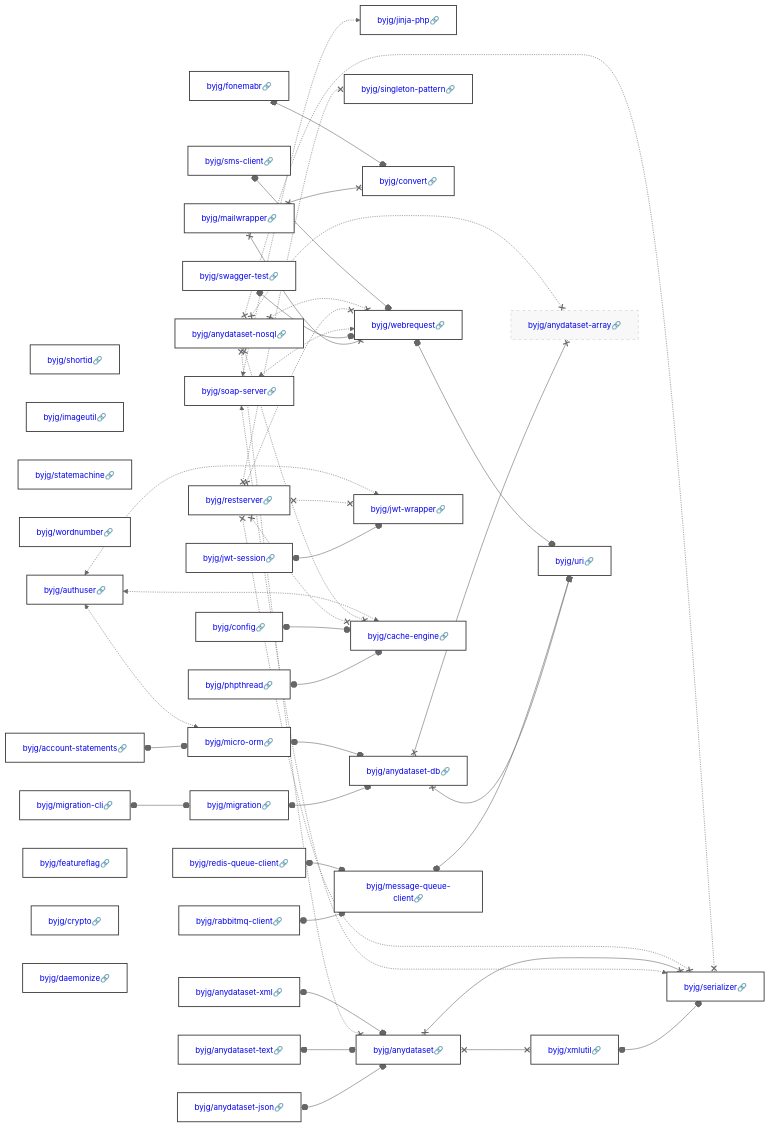
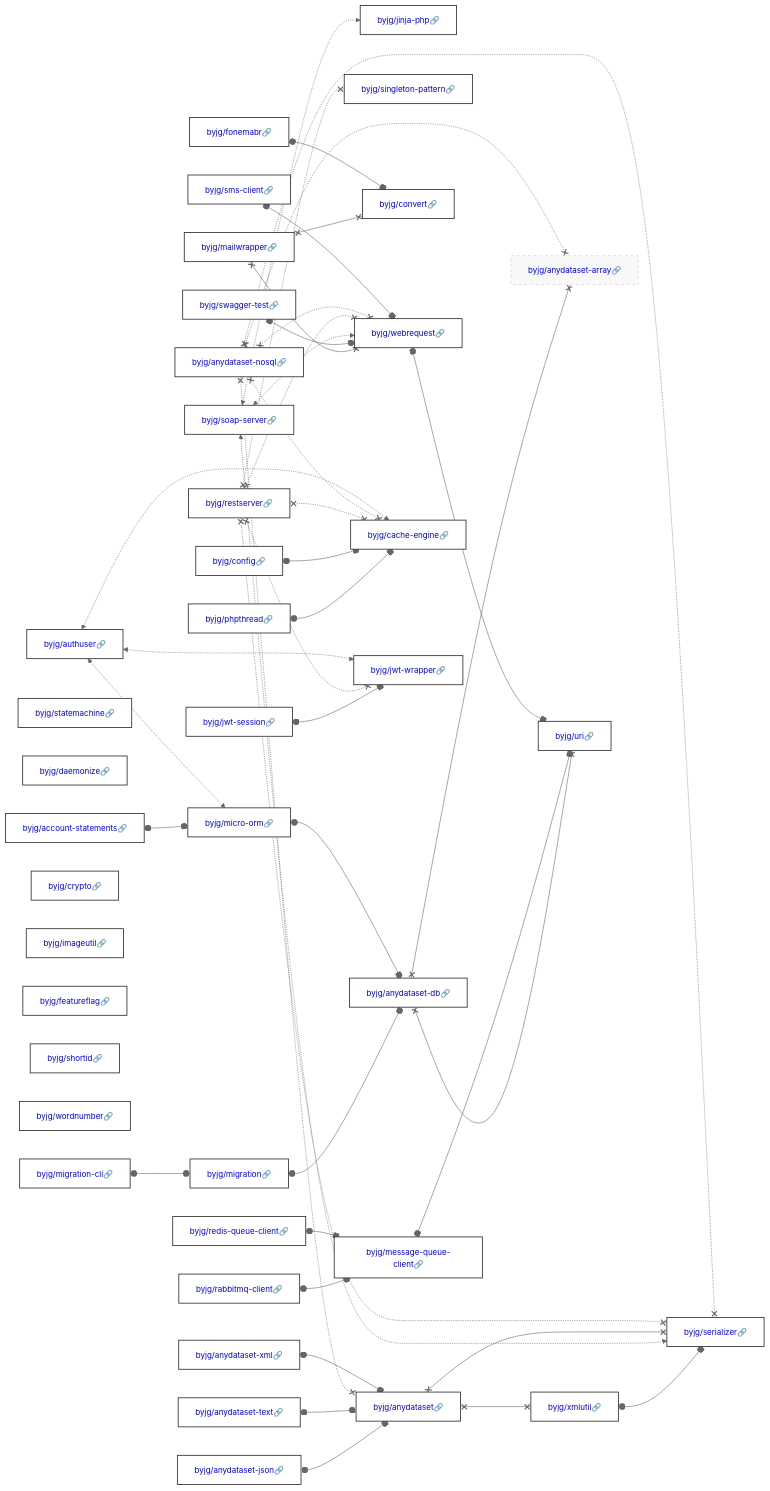
One commit to byjg/byjg.github.io changed the diagram in docs/php/README.md. Above: the diagram before and after it, drawn with Mermaid (neutral theme). The commit also changed other lines of this file and 8 other files, not shown here.

````diff
--- a/docs/php/README.md
+++ b/docs/php/README.md
@@ -3,45 +3,45 @@
 ```mermaid
 graph LR;
+  byjg/rabbitmq-client[<a href='https://opensource.byjg.com/docs/php/rabbitmq-client' style='text-decoration:none'>byjg/rabbitmq-client🔗</a>];
+  byjg/migration-cli[<a href='https://opensource.byjg.com/docs/php/migration-cli' style='text-decoration:none'>byjg/migration-cli🔗</a>];
+  byjg/anydataset-xml[<a href='https://opensource.byjg.com/docs/php/anydataset-xml' style='text-decoration:none'>byjg/anydataset-xml🔗</a>];
+  byjg/config[<a href='https://opensource.byjg.com/docs/php/config' style='text-decoration:none'>byjg/config🔗</a>];
+  byjg/statemachine[<a href='https://opensource.byjg.com/docs/php/statemachine' style='text-decoration:none'>byjg/statemachine🔗</a>];
+  byjg/daemonize[<a href='https://opensource.byjg.com/docs/php/daemonize' style='text-decoration:none'>byjg/daemonize🔗</a>];
+  byjg/anydataset-text[<a href='https://opensource.byjg.com/docs/php/anydataset-text' style='text-decoration:none'>byjg/anydataset-text🔗</a>];
+  byjg/jwt-session[<a href='https://opensource.byjg.com/docs/php/jwt-session' style='text-decoration:none'>byjg/jwt-session🔗</a>];
+  byjg/soap-server[<a href='https://opensource.byjg.com/docs/php/soap-server' style='text-decoration:none'>byjg/soap-server🔗</a>];
+  byjg/account-statements[<a href='https://opensource.byjg.com/docs/php/account-statements' style='text-decoration:none'>byjg/account-statements🔗</a>];
+  byjg/anydataset-nosql[<a href='https://opensource.byjg.com/docs/php/anydataset-nosql' style='text-decoration:none'>byjg/anydataset-nosql🔗</a>];
+  byjg/swagger-test[<a href='https://opensource.byjg.com/docs/php/swagger-test' style='text-decoration:none'>byjg/swagger-test🔗</a>];
   byjg/redis-queue-client[<a href='https://opensource.byjg.com/docs/php/redis-queue-client' style='text-decoration:none'>byjg/redis-queue-client🔗</a>];
-  byjg/shortid[<a href='https://opensource.byjg.com/docs/php/shortid' style='text-decoration:none'>byjg/shortid🔗</a>];
+  byjg/sms-client[<a href='https://opensource.byjg.com/docs/php/sms-client' style='text-decoration:none'>byjg/sms-client🔗</a>];
+  byjg/crypto[<a href='https://opensource.byjg.com/docs/php/crypto' style='text-decoration:none'>byjg/crypto🔗</a>];
   byjg/imageutil[<a href='https://opensource.byjg.com/docs/php/imageutil' style='text-decoration:none'>byjg/imageutil🔗</a>];
-  byjg/statemachine[<a href='https://opensource.byjg.com/docs/php/statemachine' style='text-decoration:none'>byjg/statemachine🔗</a>];
-  byjg/wordnumber[<a href='https://opensource.byjg.com/docs/php/wordnumber' style='text-decoration:none'>byjg/wordnumber🔗</a>];
-  byjg/phpthread[<a href='https://opensource.byjg.com/docs/php/phpthread' style='text-decoration:none'>byjg/phpthread🔗</a>];
-  byjg/sms-client[<a href='https://opensource.byjg.com/docs/php/sms-client' style='text-decoration:none'>byjg/sms-client🔗</a>];
-  byjg/soap-server[<a href='https://opensource.byjg.com/docs/php/soap-server' style='text-decoration:none'>byjg/soap-server🔗</a>];
   byjg/fonemabr[<a href='https://opensource.byjg.com/docs/php/fonemabr' style='text-decoration:none'>byjg/fonemabr🔗</a>];
-  byjg/migration-cli[<a href='https://opensource.byjg.com/docs/php/migration-cli' style='text-decoration:none'>byjg/migration-cli🔗</a>];
-  byjg/account-statements[<a href='https://opensource.byjg.com/docs/php/account-statements' style='text-decoration:none'>byjg/account-statements🔗</a>];
-  byjg/anydataset-xml[<a href='https://opensource.byjg.com/docs/php/anydataset-xml' style='text-decoration:none'>byjg/anydataset-xml🔗</a>];
-  byjg/rabbitmq-client[<a href='https://opensource.byjg.com/docs/php/rabbitmq-client' style='text-decoration:none'>byjg/rabbitmq-client🔗</a>];
-  byjg/authuser[<a href='https://opensource.byjg.com/docs/php/authuser' style='text-decoration:none'>byjg/authuser🔗</a>];
-  byjg/anydataset-nosql[<a href='https://opensource.byjg.com/docs/php/anydataset-nosql' style='text-decoration:none'>byjg/anydataset-nosql🔗</a>];
-  byjg/featureflag[<a href='https://opensource.byjg.com/docs/php/featureflag' style='text-decoration:none'>byjg/featureflag🔗</a>];
-  byjg/swagger-test[<a href='https://opensource.byjg.com/docs/php/swagger-test' style='text-decoration:none'>byjg/swagger-test🔗</a>];
   byjg/restserver[<a href='https://opensource.byjg.com/docs/php/restserver' style='text-decoration:none'>byjg/restserver🔗</a>];
   byjg/anydataset-json[<a href='https://opensource.byjg.com/docs/php/anydataset-json' style='text-decoration:none'>byjg/anydataset-json🔗</a>];
-  byjg/crypto[<a href='https://opensource.byjg.com/docs/php/crypto' style='text-decoration:none'>byjg/crypto🔗</a>];
+  byjg/phpthread[<a href='https://opensource.byjg.com/docs/php/phpthread' style='text-decoration:none'>byjg/phpthread🔗</a>];
+  byjg/featureflag[<a href='https://opensource.byjg.com/docs/php/featureflag' style='text-decoration:none'>byjg/featureflag🔗</a>];
+  byjg/shortid[<a href='https://opensource.byjg.com/docs/php/shortid' style='text-decoration:none'>byjg/shortid🔗</a>];
   byjg/mailwrapper[<a href='https://opensource.byjg.com/docs/php/mailwrapper' style='text-decoration:none'>byjg/mailwrapper🔗</a>];
-  byjg/anydataset-text[<a href='https://opensource.byjg.com/docs/php/anydataset-text' style='text-decoration:none'>byjg/anydataset-text🔗</a>];
-  byjg/jwt-session[<a href='https://opensource.byjg.com/docs/php/jwt-session' style='text-decoration:none'>byjg/jwt-session🔗</a>];
-  byjg/daemonize[<a href='https://opensource.byjg.com/docs/php/daemonize' style='text-decoration:none'>byjg/daemonize🔗</a>];
-  byjg/config[<a href='https://opensource.byjg.com/docs/php/config' style='text-decoration:none'>byjg/config🔗</a>];
+  byjg/wordnumber[<a href='https://opensource.byjg.com/docs/php/wordnumber' style='text-decoration:none'>byjg/wordnumber🔗</a>];
+  byjg/authuser[<a href='https://opensource.byjg.com/docs/php/authuser' style='text-decoration:none'>byjg/authuser🔗</a>];
+  byjg/migration[<a href='https://opensource.byjg.com/docs/php/migration' style='text-decoration:none'>byjg/migration🔗</a>];
   byjg/jinja-php[<a href='https://opensource.byjg.com/docs/php/jinja-php' style='text-decoration:none'>byjg/jinja-php🔗</a>];
-  byjg/migration[<a href='https://opensource.byjg.com/docs/php/migration' style='text-decoration:none'>byjg/migration🔗</a>];
   byjg/message-queue-client[<a href='https://opensource.byjg.com/docs/php/message-queue-client' style='text-decoration:none'>byjg/message-queue-client🔗</a>];
-  byjg/micro-orm[<a href='https://opensource.byjg.com/docs/php/micro-orm' style='text-decoration:none'>byjg/micro-orm🔗</a>];
   byjg/singleton-pattern[<a href='https://opensource.byjg.com/docs/php/singleton-pattern' style='text-decoration:none'>byjg/singleton-pattern🔗</a>];
+  byjg/anydataset[<a href='https://opensource.byjg.com/docs/php/anydataset' style='text-decoration:none'>byjg/anydataset🔗</a>];
   byjg/convert[<a href='https://opensource.byjg.com/docs/php/convert' style='text-decoration:none'>byjg/convert🔗</a>];
   byjg/webrequest[<a href='https://opensource.byjg.com/docs/php/webrequest' style='text-decoration:none'>byjg/webrequest🔗</a>];
-  byjg/anydataset[<a href='https://opensource.byjg.com/docs/php/anydataset' style='text-decoration:none'>byjg/anydataset🔗</a>];
+  byjg/micro-orm[<a href='https://opensource.byjg.com/docs/php/micro-orm' style='text-decoration:none'>byjg/micro-orm🔗</a>];
+  byjg/cache-engine[<a href='https://opensource.byjg.com/docs/php/cache-engine' style='text-decoration:none'>byjg/cache-engine🔗</a>];
   byjg/jwt-wrapper[<a href='https://opensource.byjg.com/docs/php/jwt-wrapper' style='text-decoration:none'>byjg/jwt-wrapper🔗</a>];
-  byjg/cache-engine[<a href='https://opensource.byjg.com/docs/php/cache-engine' style='text-decoration:none'>byjg/cache-engine🔗</a>];
+  byjg/xmlutil[<a href='https://opensource.byjg.com/docs/php/xmlutil' style='text-decoration:none'>byjg/xmlutil🔗</a>];
   byjg/anydataset-db[<a href='https://opensource.byjg.com/docs/php/anydataset-db' style='text-decoration:none'>byjg/anydataset-db🔗</a>];
-  byjg/xmlutil[<a href='https://opensource.byjg.com/docs/php/xmlutil' style='text-decoration:none'>byjg/xmlutil🔗</a>];
+  byjg/serializer[<a href='https://opensource.byjg.com/docs/php/serializer' style='text-decoration:none'>byjg/serializer🔗</a>];
   byjg/anydataset-array[<a href='https://opensource.byjg.com/docs/php/anydataset-array' style='text-decoration:none'>byjg/anydataset-array🔗</a>];
   byjg/uri[<a href='https://opensource.byjg.com/docs/php/uri' style='text-decoration:none'>byjg/uri🔗</a>];
-  byjg/serializer[<a href='https://opensource.byjg.com/docs/php/serializer' style='text-decoration:none'>byjg/serializer🔗</a>];
   byjg/mailwrapper x--x byjg/convert;
   byjg/mailwrapper x--x byjg/webrequest;
   byjg/xmlutil o--o byjg/serializer;
````
